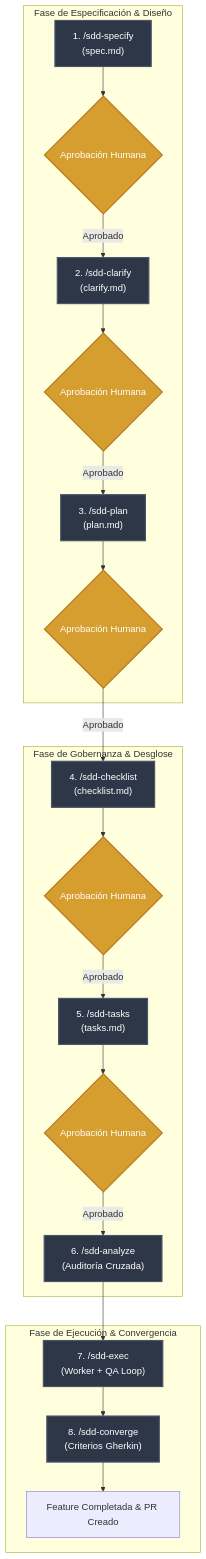
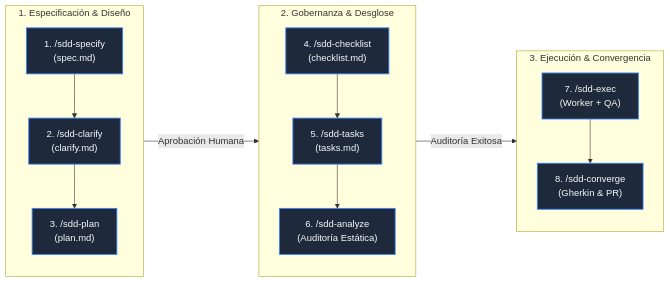
Before and after one commit to EzeCuccorese/ia-spec-ops-engine: the diagram in docs/sdd/lifecycle.md, drawn with Mermaid. The commit also changed other lines of this file and 49 other files, not shown here.

Commit message:
refactor(sdd): modularize engine into domain layers and fix mermaid diagrams

````diff
--- a/docs/sdd/lifecycle.md
+++ b/docs/sdd/lifecycle.md
@@ -11,29 +11,20 @@
 ```mermaid
-flowchart TD
-    subgraph "Fase de Especificación & Diseño"
-        F1["1. /sdd-specify<br/>(spec.md)"] --> CP1{Aprobación Humana}
-        CP1 -->|Aprobado| F2["2. /sdd-clarify<br/>(clarify.md)"]
-        F2 --> CP2{Aprobación Humana}
-        CP2 -->|Aprobado| F3["3. /sdd-plan<br/>(plan.md)"]
-        F3 --> CP3{Aprobación Humana}
+flowchart LR
+    subgraph S1 ["1. Especificación & Diseño"]
+        F1["1. /sdd-specify<br/>(spec.md)"] --> F2["2. /sdd-clarify<br/>(clarify.md)"] --> F3["3. /sdd-plan<br/>(plan.md)"]
     end
 
-    subgraph "Fase de Gobernanza & Desglose"
-        CP3 -->|Aprobado| F4["4. /sdd-checklist<br/>(checklist.md)"]
-        F4 --> CP4{Aprobación Humana}
-        CP4 -->|Aprobado| F5["5. /sdd-tasks<br/>(tasks.md)"]
-        F5 --> CP5{Aprobación Humana}
-        CP5 -->|Aprobado| F6["6. /sdd-analyze<br/>(Auditoría Cruzada)"]
+    subgraph S2 ["2. Gobernanza & Desglose"]
+        F4["4. /sdd-checklist<br/>(checklist.md)"] --> F5["5. /sdd-tasks<br/>(tasks.md)"] --> F6["6. /sdd-analyze<br/>(Auditoría Estática)"]
     end
 
-    subgraph "Fase de Ejecución & Convergencia"
-        F6 --> F7["7. /sdd-exec<br/>(Worker + QA Loop)"]
-        F7 --> F8["8. /sdd-converge<br/>(Criterios Gherkin)"]
-        F8 --> FIN["Feature Completada & PR Creado"]
+    subgraph S3 ["3. Ejecución & Convergencia"]
+        F7["7. /sdd-exec<br/>(Worker + QA)"] --> F8["8. /sdd-converge<br/>(Gherkin & PR)"]
     end
 
-    classDef phase fill:#2d3748,stroke:#4a5568,stroke-width:2px,color:#fff;
-    classDef gate fill:#d69e2e,stroke:#b7791f,stroke-width:2px,color:#fff;
-    class F1,F2,F3,F4,F5,F6,F7,F8 phase;
-    class CP1,CP2,CP3,CP4,CP5 gate;
+    S1 -->|"Aprobación Humana"| S2
+    S2 -->|"Auditoría Exitosa"| S3
+
+    classDef stageBox fill:#1e293b,stroke:#3b82f6,stroke-width:1.5px,color:#f8fafc;
+    class F1,F2,F3,F4,F5,F6,F7,F8 stageBox;
 ```
````
